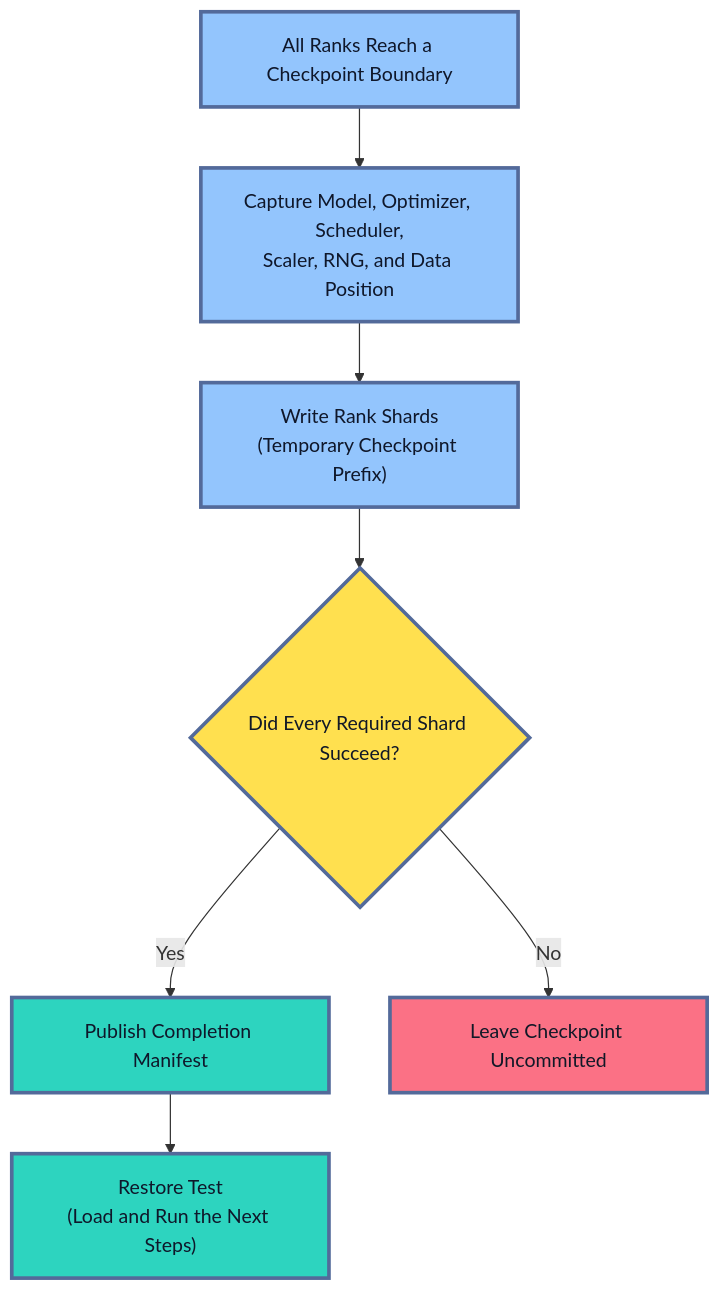
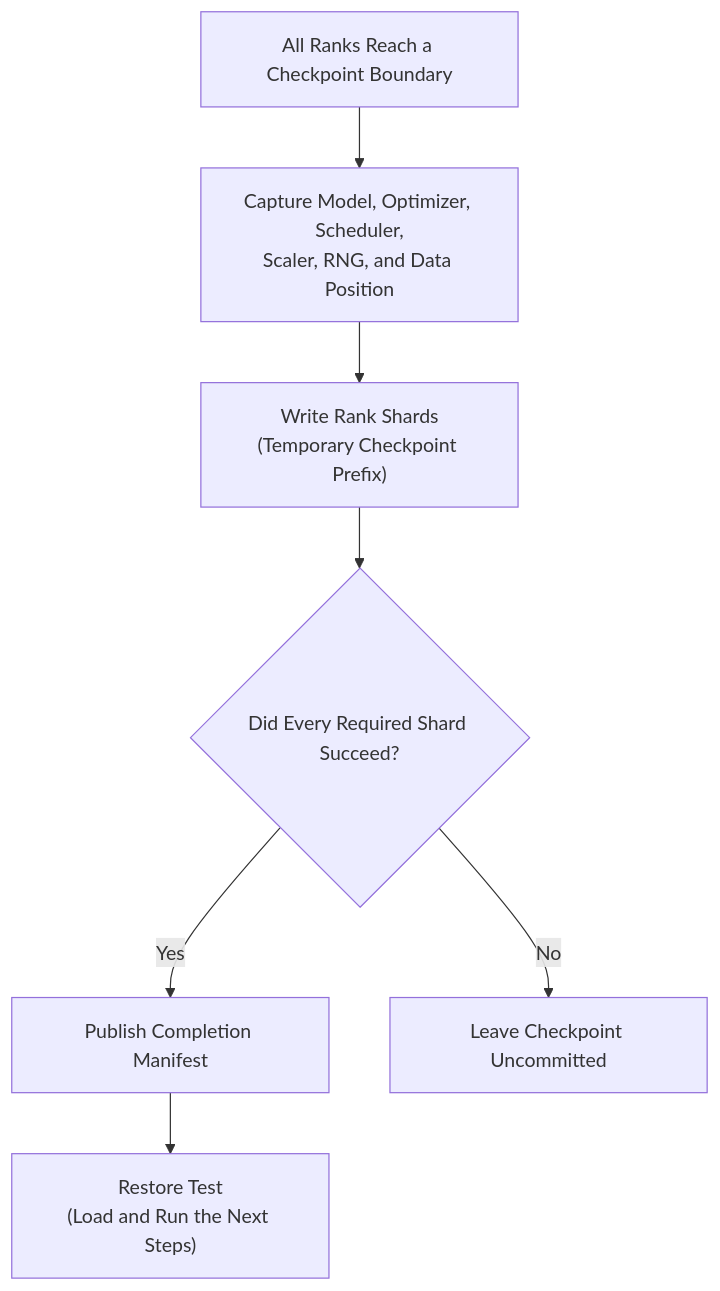
One commit to senlinyy/dev-roadmaps changed the fourth of 4 diagrams in roadmaps/mlops/modules/training-pipelines/scaling-training/02-distributed-training-basics.md. Above: the diagram before and after it, drawn with Mermaid. The commit also changed other lines of this file and 152 other files, not shown here.

Commit message:
feat: mlops and diagrams updated

````diff
--- a/roadmaps/mlops/modules/training-pipelines/scaling-training/02-distributed-training-basics.md
+++ b/roadmaps/mlops/modules/training-pipelines/scaling-training/02-distributed-training-basics.md
@@ -362,18 +351,14 @@
 ```mermaid
 flowchart TD
     A["All Ranks Reach a Checkpoint Boundary"] --> B["Capture Model, Optimizer, Scheduler,<br/>Scaler, RNG, and Data Position"]
     B --> C["Write Rank Shards<br/>(Temporary Checkpoint Prefix)"]
     C --> D{"Did Every Required Shard Succeed?"}
     D -->|"Yes"| E["Publish Completion Manifest"]
     D -->|"No"| F["Leave Checkpoint Uncommitted"]
     E --> G["Restore Test<br/>(Load and Run the Next Steps)"]
 
-    classDef state fill:#93C5FD,stroke:#536A9A,stroke-width:3px,color:#0F172A
-    classDef decision fill:#FFE04F,stroke:#536A9A,stroke-width:3px,color:#111827
-    classDef success fill:#2DD4BF,stroke:#536A9A,stroke-width:3px,color:#0F172A
-    classDef failure fill:#FB7185,stroke:#536A9A,stroke-width:3px,color:#111827
     class A,B,C state
     class D decision
     class E,G success
     class F failure
 ```
````
